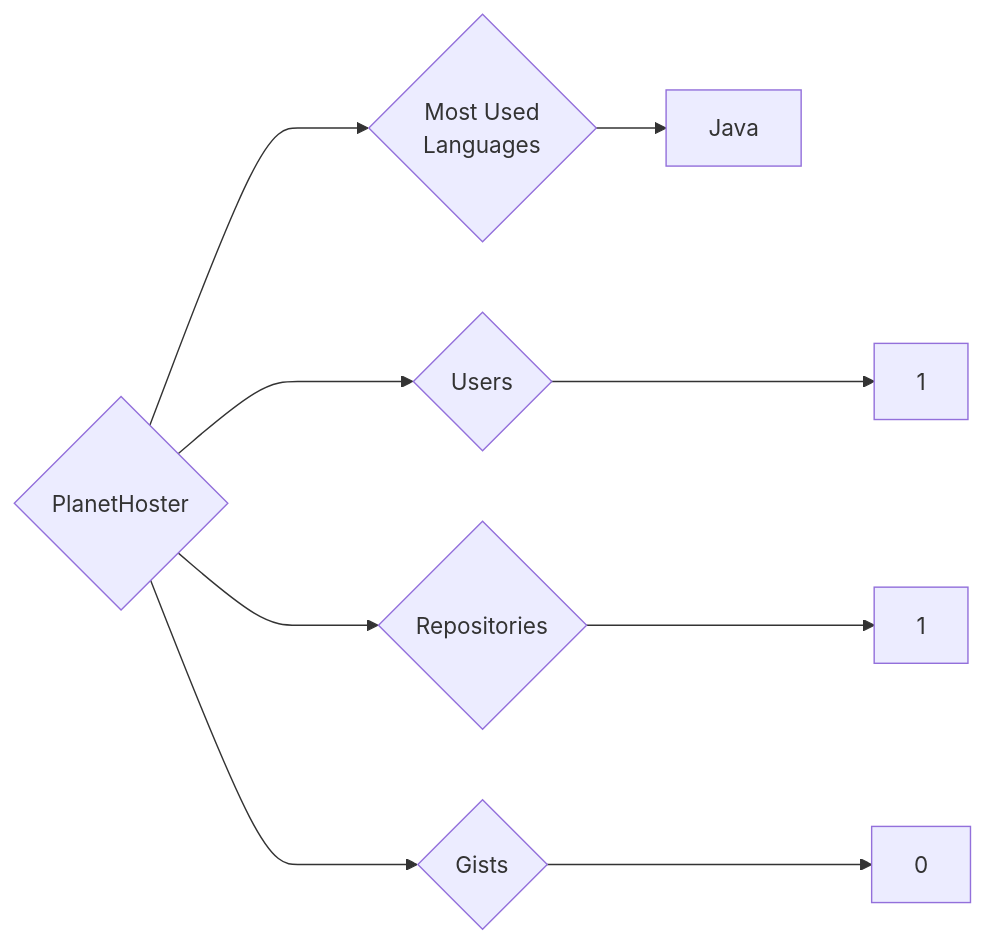
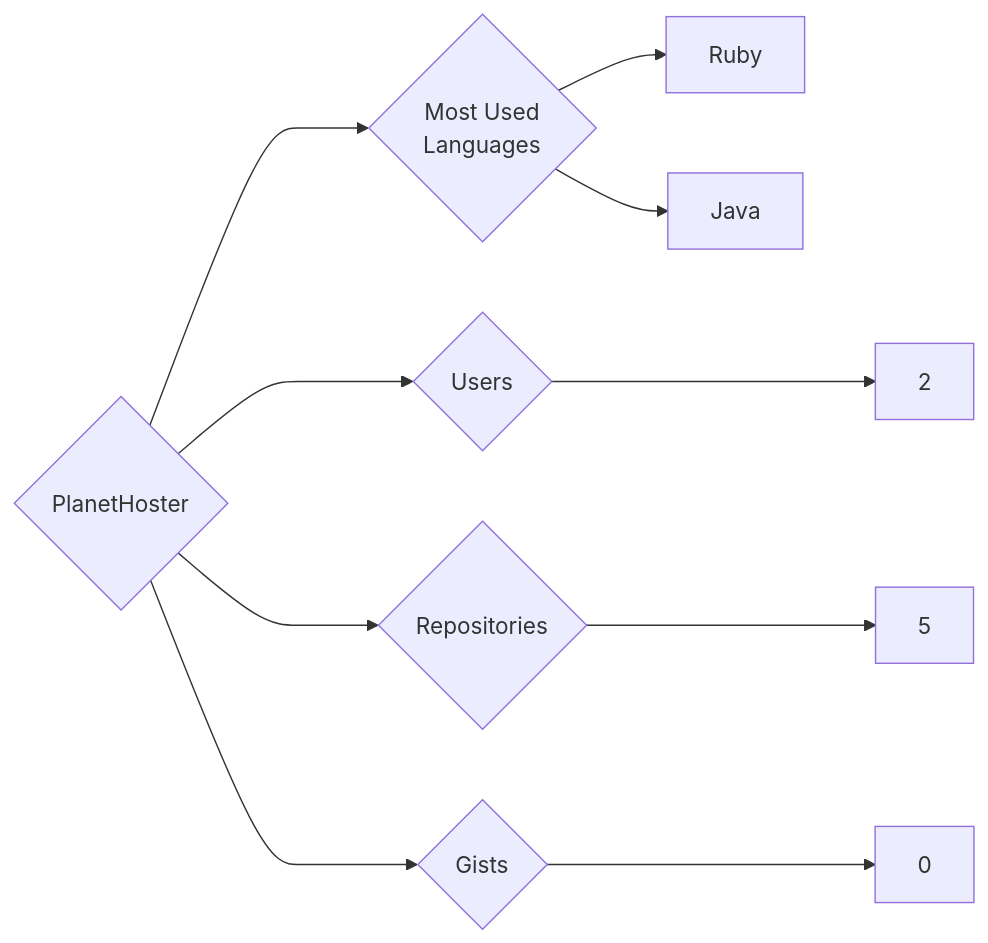
Before and after one commit to trickest/insiders: the diagram in targets/PlanetHoster/README.md, drawn with Mermaid. The commit also changed 851 other files, not shown here.

````diff
--- a/targets/PlanetHoster/README.md
+++ b/targets/PlanetHoster/README.md
@@ -3,9 +3,10 @@
 ```mermaid
 graph LR
 COMPANY_NAME{PlanetHoster}
-COMPANY_NAME ---> U{Users} ---> UN[1]
-COMPANY_NAME ---> R{Repositories} ---> RN[1]
+COMPANY_NAME ---> U{Users} ---> UN[2]
+COMPANY_NAME ---> R{Repositories} ---> RN[5]
 COMPANY_NAME ---> G{Gists} ---> GN[0]
 COMPANY_NAME ---> ML{Most Used<br>Languages}
+ML --> Ruby[Ruby]
 ML --> Java[Java]
 ```
````
